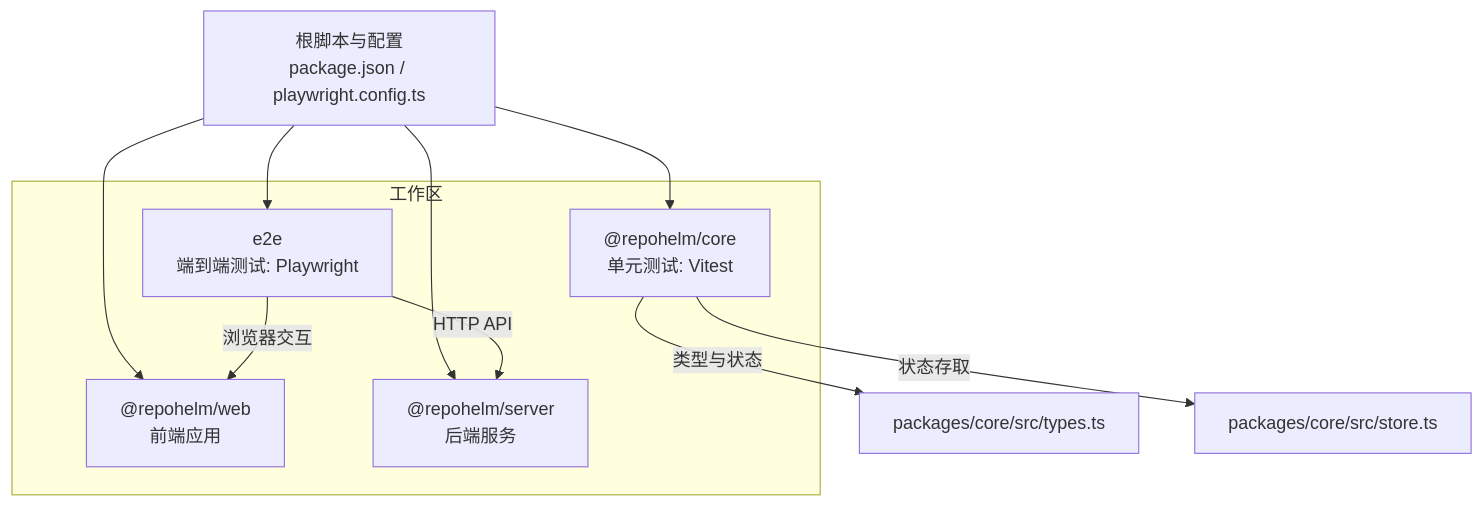
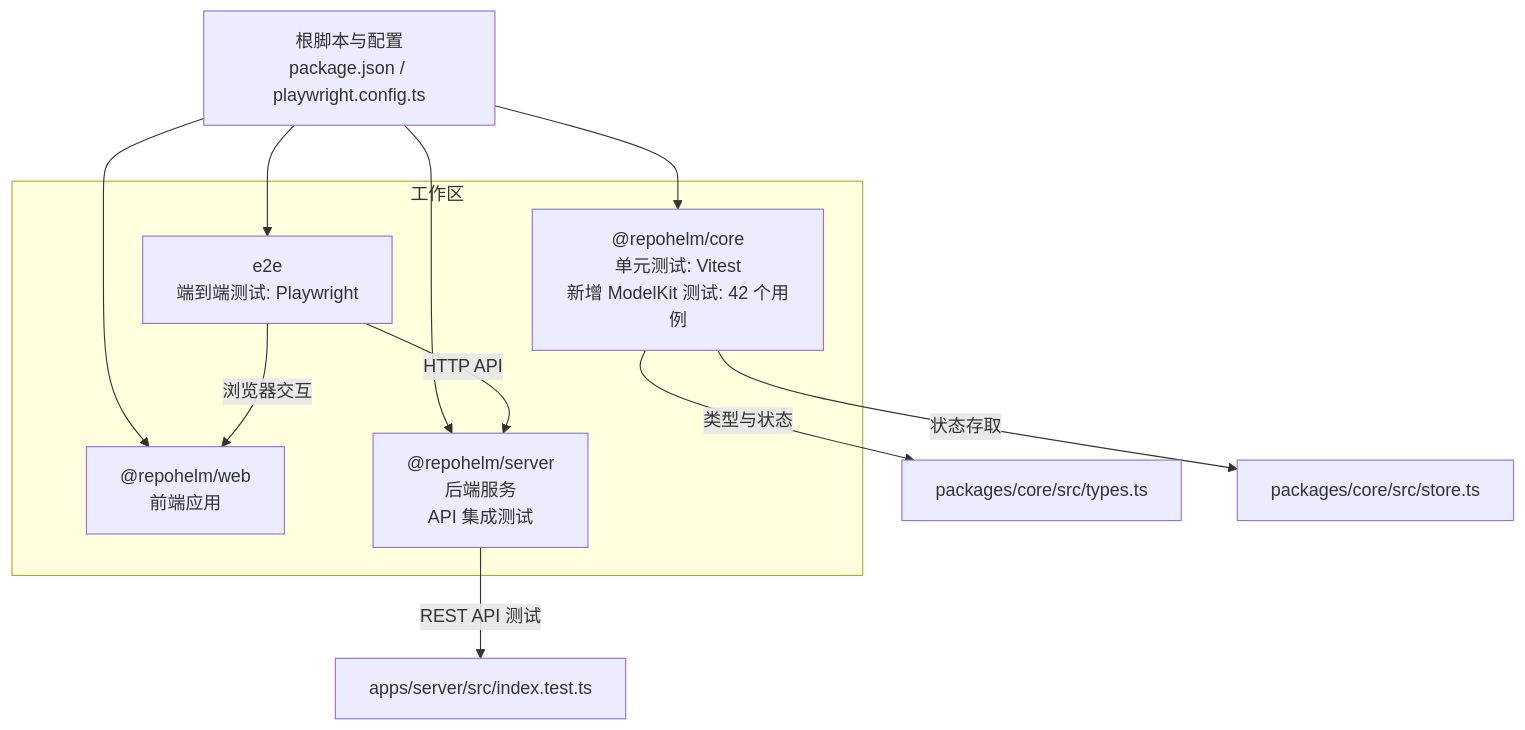
One commit to coconilu/RepoHelm changed the first of 8 diagrams in .qoder/repowiki/zh/content/测试策略/测试策略.md. Above: the diagram before and after it, drawn with Mermaid. The commit also changed other lines of this file and 14 other files, not shown here.

First line of the commit message:
Add ModelKit and Sub-Agent features

````diff
--- a/.qoder/repowiki/zh/content/测试策略/测试策略.md
+++ b/.qoder/repowiki/zh/content/测试策略/测试策略.md
@@ -41,18 +45,19 @@
 ```mermaid
 graph TB
 subgraph "工作区"
-CORE["@repohelm/core<br/>单元测试: Vitest"]
+CORE["@repohelm/core<br/>单元测试: Vitest<br/>新增 ModelKit 测试: 42 个用例"]
 WEB["@repohelm/web<br/>前端应用"]
-SERVER["@repohelm/server<br/>后端服务"]
+SERVER["@repohelm/server<br/>后端服务<br/>API 集成测试"]
 E2E["e2e<br/>端到端测试: Playwright"]
 end
 ROOT["根脚本与配置<br/>package.json / playwright.config.ts"]
 ROOT --> CORE
 ROOT --> WEB
 ROOT --> SERVER
 ROOT --> E2E
 CORE --> |"类型与状态"| TYPES["packages/core/src/types.ts"]
 CORE --> |"状态存取"| STORE["packages/core/src/store.ts"]
 E2E --> |"浏览器交互"| WEB
 E2E --> |"HTTP API"| SERVER
+SERVER --> |"REST API 测试"| API["apps/server/src/index.test.ts"]
 ```
````
